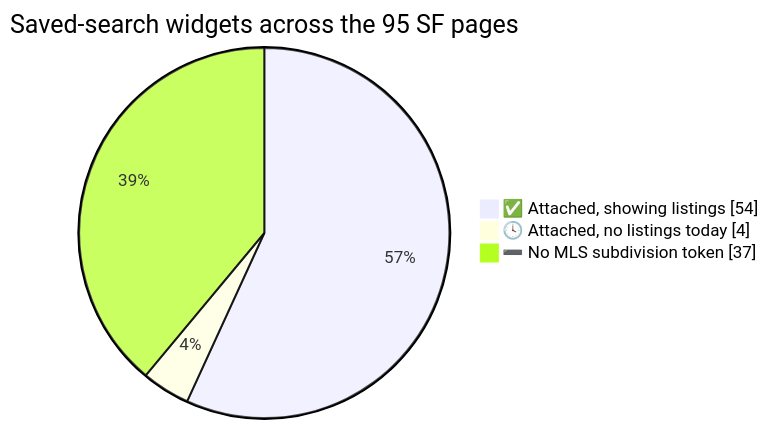
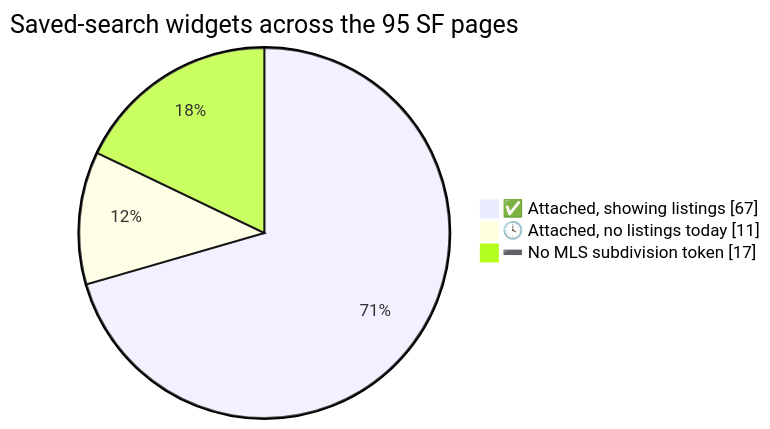
One commit to jtcompass212/TheChenTeam changed the third of 4 diagrams in README.md. Above: the diagram before and after it, drawn with Mermaid. The commit also changed other lines of this file, not shown here.

````diff
--- a/README.md
+++ b/README.md
@@ -573,6 +573,6 @@
 ```mermaid
 pie showData title Saved-search widgets across the 95 SF pages
-    "✅ Attached, showing listings" : 54
-    "🕓 Attached, no listings today" : 4
-    "➖ No MLS subdivision token" : 37
+    "✅ Attached, showing listings" : 67
+    "🕓 Attached, no listings today" : 11
+    "➖ No MLS subdivision token" : 17
 ```
````
